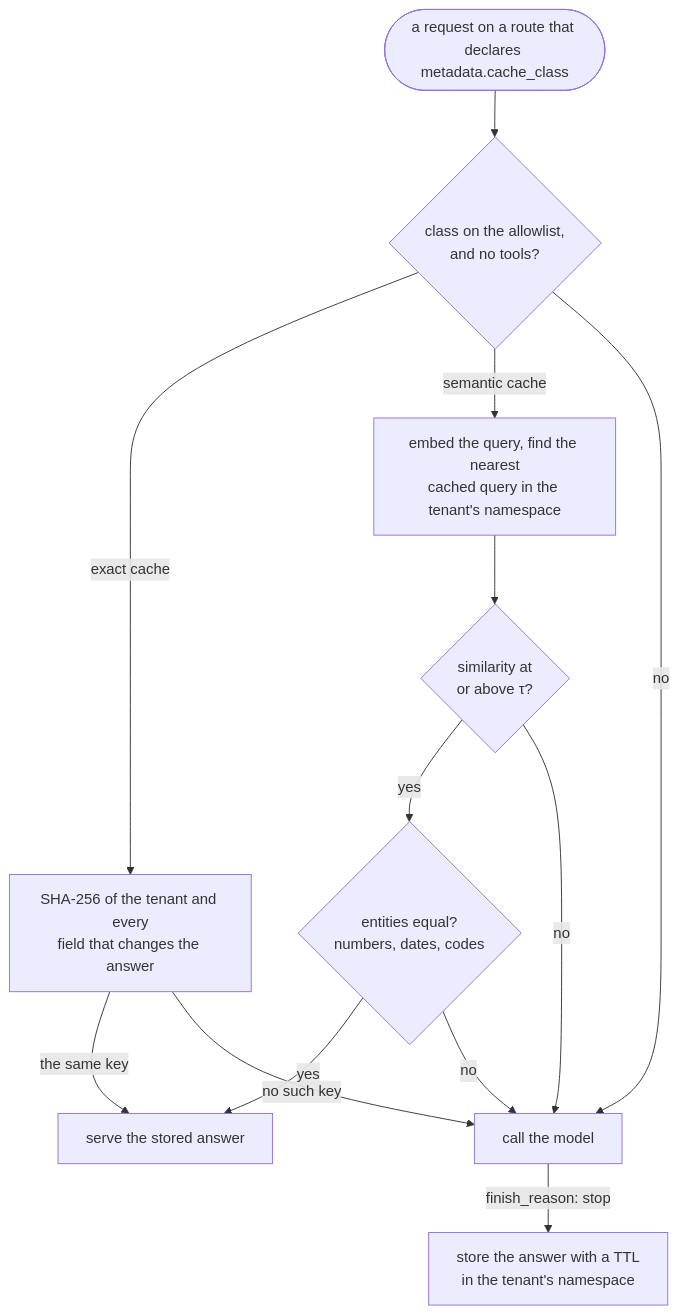
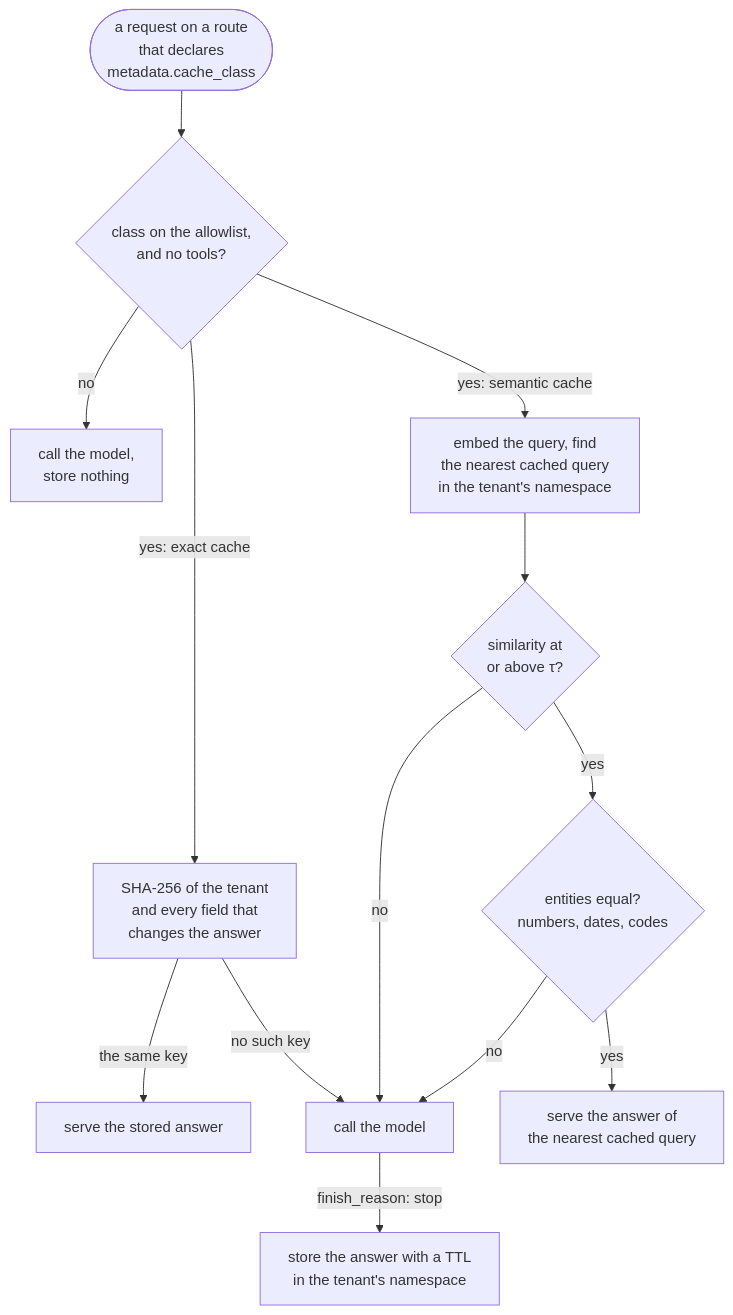
One commit to aniryou/full-stack-agentic-engineer changed the fourth of 7 diagrams in 06-gateway/llm-gateway/PRIMER.md. Above: the diagram before and after it, drawn with Mermaid. The commit also changed other lines of this file and 29 other files, not shown here.

````diff
--- a/06-gateway/llm-gateway/PRIMER.md
+++ b/06-gateway/llm-gateway/PRIMER.md
@@ -483,15 +484,15 @@
 ```mermaid
 flowchart TB
-    REQ(["a request on a route that declares metadata.cache_class"]) --> GATE{"class on the allowlist,<br/>and no tools?"}
-    GATE -- "exact cache" --> EX["SHA-256 of the tenant and every<br/>field that changes the answer"]
-    EX -- "the same key" --> HIT["serve the stored answer"]
+    REQ(["a request on a route<br/>that declares<br/>metadata.cache_class"]) --> GATE{"class on the allowlist,<br/>and no tools?"}
+    GATE -- "yes: exact cache" --> EX["SHA-256 of the tenant<br/>and every field that<br/>changes the answer"]
+    EX -- "the same key" --> HITX["serve the stored answer"]
     EX -- "no such key" --> MODEL["call the model"]
-    GATE -- "semantic cache" --> EMB["embed the query, find the nearest<br/>cached query in the tenant's namespace"]
+    GATE -- "no" --> NOSTORE["call the model,<br/>store nothing"]
+    GATE -- "yes: semantic cache" --> EMB["embed the query, find<br/>the nearest cached query<br/>in the tenant's namespace"]
     EMB --> TAU{"similarity at<br/>or above τ?"}
+    TAU -- "no" --> MODEL
     TAU -- "yes" --> ENT{"entities equal?<br/>numbers, dates, codes"}
-    ENT -- "yes" --> HIT
-    TAU -- "no" --> MODEL
     ENT -- "no" --> MODEL
-    GATE -- "no" --> MODEL
+    ENT -- "yes" --> HITS["serve the answer of<br/>the nearest cached query"]
     MODEL -- "finish_reason: stop" --> STORE["store the answer with a TTL<br/>in the tenant's namespace"]
 ```
````
